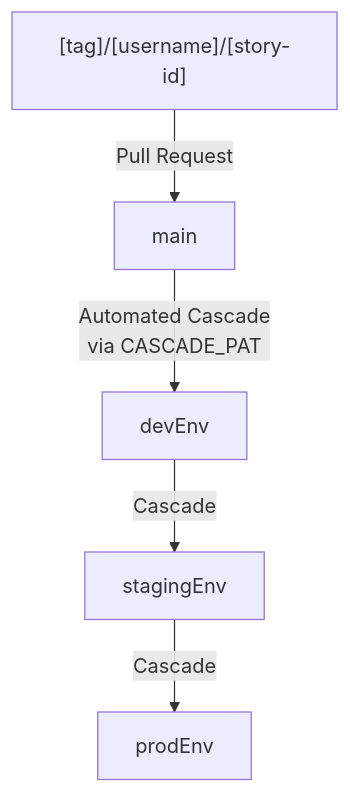
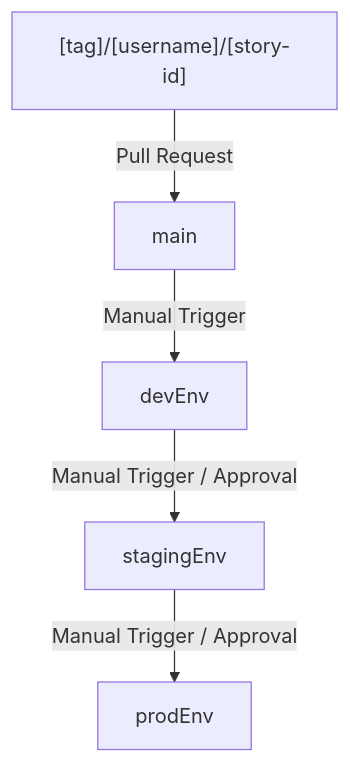
The second of 2 diagrams in README.md (corebit-bd/pend-boilerplate), drawn with Mermaid before and after one commit. The commit also changed other lines of this file and 6 other files, not shown here.

Commit message:
cicd : Removed Automated Branch Cascade Workflow & Updated Documentation accordingly

````diff
--- a/README.md
+++ b/README.md
@@ -566,14 +568,13 @@
 ```mermaid
 flowchart TD
     FeatureBranch["[tag]/[username]/[story-id]"]
     Main["main"]
     DevEnv["devEnv"]
     StagingEnv["stagingEnv"]
     ProdEnv["prodEnv"]
 
     FeatureBranch -->|"Pull Request"| Main
-    Main -->|"Automated Cascade 
-    via CASCADE_PAT"| DevEnv
-    DevEnv -->|"Cascade"| StagingEnv
-    StagingEnv -->|"Cascade"| ProdEnv
+    Main -->|"Manual Trigger"| DevEnv
+    DevEnv -->|"Manual Trigger / Approval"| StagingEnv
+    StagingEnv -->|"Manual Trigger / Approval"| ProdEnv
 ```
````
